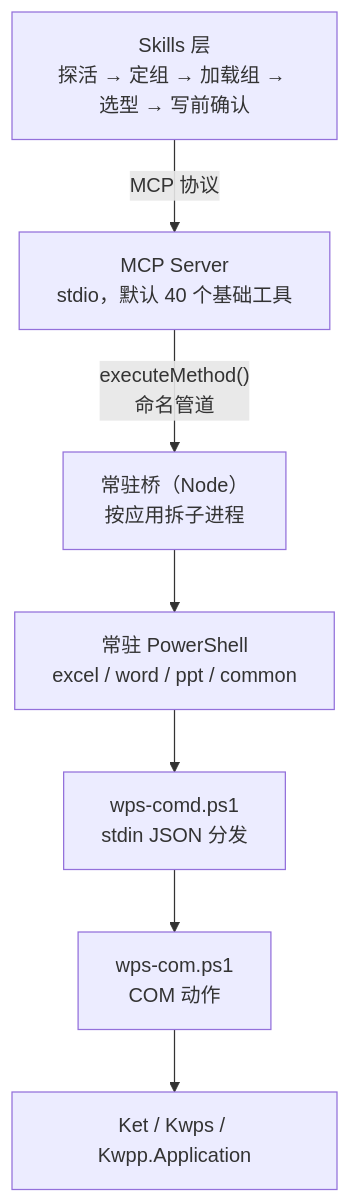
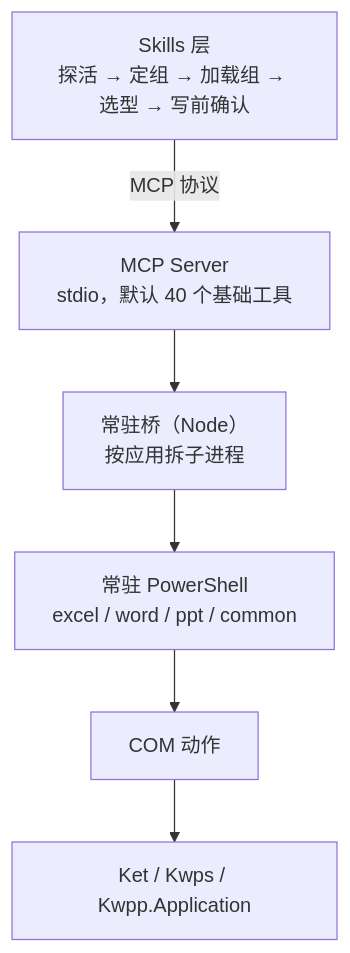
The diagram in README.md (forkgo430/wps-multitool-mcp), drawn with Mermaid before and after one commit. The commit also changed other lines of this file and 10 other files, not shown here.

````diff
--- a/README.md
+++ b/README.md
@@ -97,17 +154,12 @@
 ```mermaid
 flowchart TB
     S["Skills 层<br/>探活 → 定组 → 加载组 → 选型 → 写前确认"]
     M["MCP Server<br/>stdio，默认 40 个基础工具"]
     B["常驻桥（Node）<br/>按应用拆子进程"]
     P["常驻 PowerShell<br/>excel / word / ppt / common"]
-    A["wps-comd.ps1<br/>stdin JSON 分发"]
-    C["wps-com.ps1<br/>COM 动作"]
+    C["COM 动作"]
     W["Ket / Kwps / Kwpp.Application"]
 
     S -->|MCP 协议| M
-    M -->|"executeMethod()<br/>命名管道"| B
-    B --> P
-    P --> A
-    A --> C
-    C --> W
+    M --> B --> P --> C --> W
 ```
````
